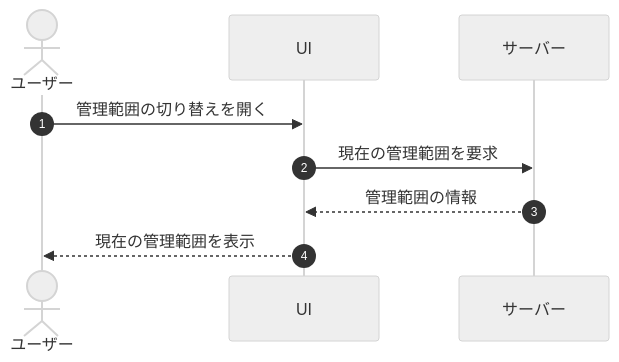
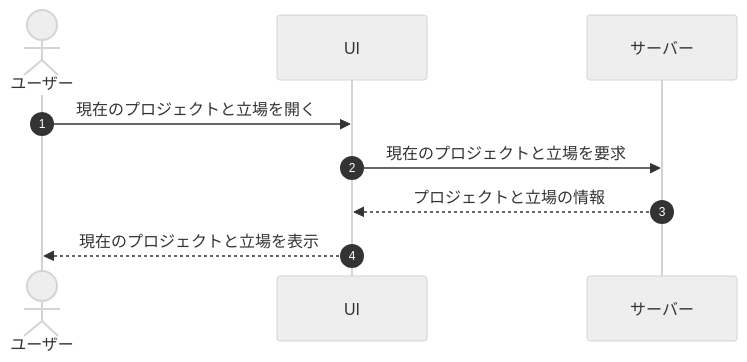
Diagram 55 of 60 in 01_requirements/02_functional_requirement/01_account-fr.md (sikakou54/open-faq), drawn with Mermaid (neutral theme) before and after one commit. The commit also changed other lines of this file and 294 other files, not shown here.

````diff
--- a/01_requirements/02_functional_requirement/01_account-fr.md
+++ b/01_requirements/02_functional_requirement/01_account-fr.md
@@ -1519,11 +1520,11 @@
 ```mermaid
 sequenceDiagram
   autonumber
   actor U as ユーザー
   participant UI as UI
   participant S as サーバー
-  U->>UI: 管理範囲の切り替えを開く
-  UI->>S: 現在の管理範囲を要求
-  S-->>UI: 管理範囲の情報
-  UI-->>U: 現在の管理範囲を表示
+  U->>UI: 現在のプロジェクトと立場を開く
+  UI->>S: 現在のプロジェクトと立場を要求
+  S-->>UI: プロジェクトと立場の情報
+  UI-->>U: 現在のプロジェクトと立場を表示
 ```
````
